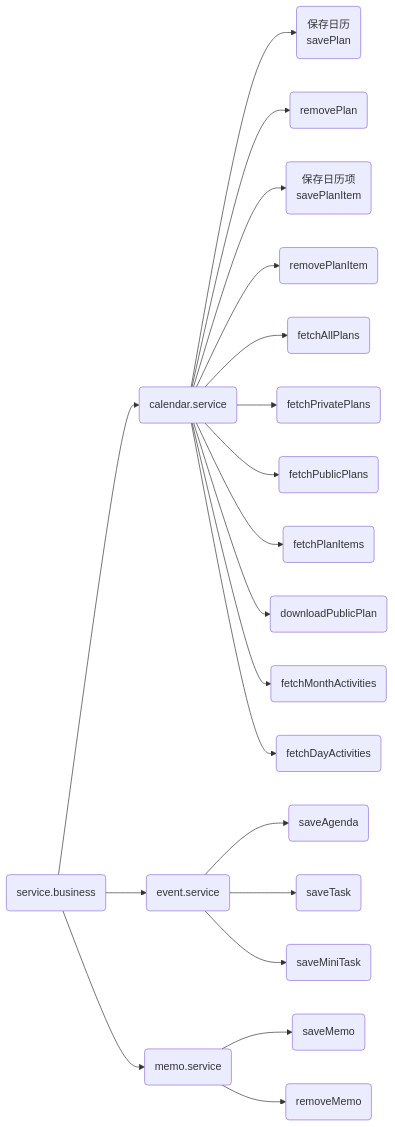
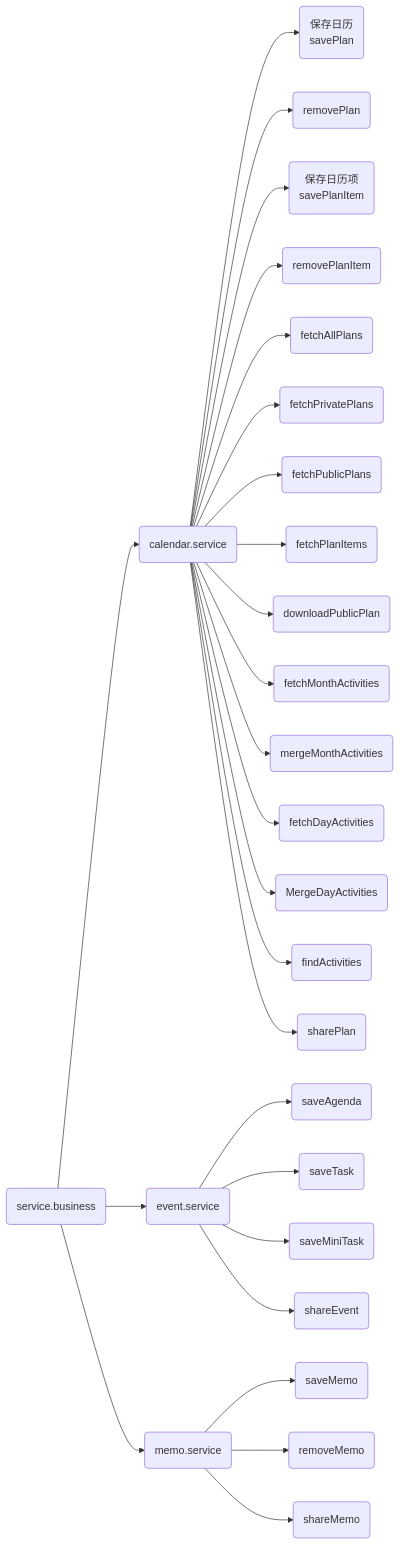
The diagram in docs/design/services.md (XJ-GTD/GTD2), drawn with Mermaid before and after one commit.

Commit message:
更新文档

````diff
--- a/docs/design/services.md
+++ b/docs/design/services.md
@@ -1,22 +1,28 @@
 ```mermaid
 graph LR;
 A(service.business) --> B(calendar.service);
 B --> B1(保存日历<br/>savePlan);
 B --> B2(removePlan);
 B --> B3(保存日历项<br/>savePlanItem);
 B --> B4(removePlanItem);
 B --> B5(fetchAllPlans);
 B --> B6(fetchPrivatePlans);
 B --> B7(fetchPublicPlans);
 B --> B8(fetchPlanItems);
 B --> B9(downloadPublicPlan);
 B --> B10(fetchMonthActivities);
-B --> B11(fetchDayActivities);
+B --> B11(mergeMonthActivities);
+B --> B12(fetchDayActivities);
+B --> B13(MergeDayActivities);
+B --> B14(findActivities);
+B --> B15(sharePlan);
 A(service.business) --> C(event.service);
 C --> C1(saveAgenda);
 C --> C2(saveTask);
 C --> C3(saveMiniTask);
+C --> C4(shareEvent);
 A(service.business) --> D(memo.service);
 D --> D1(saveMemo);
 D --> D2(removeMemo);
+D --> D3(shareMemo);
 ```
````
